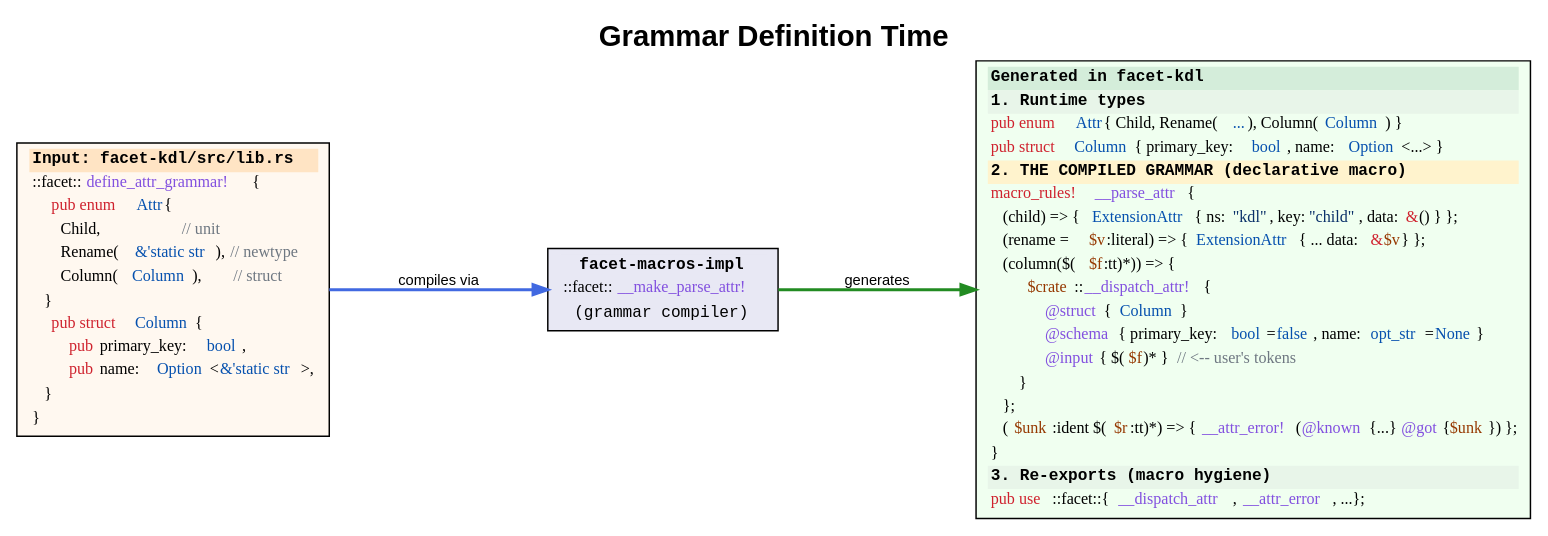
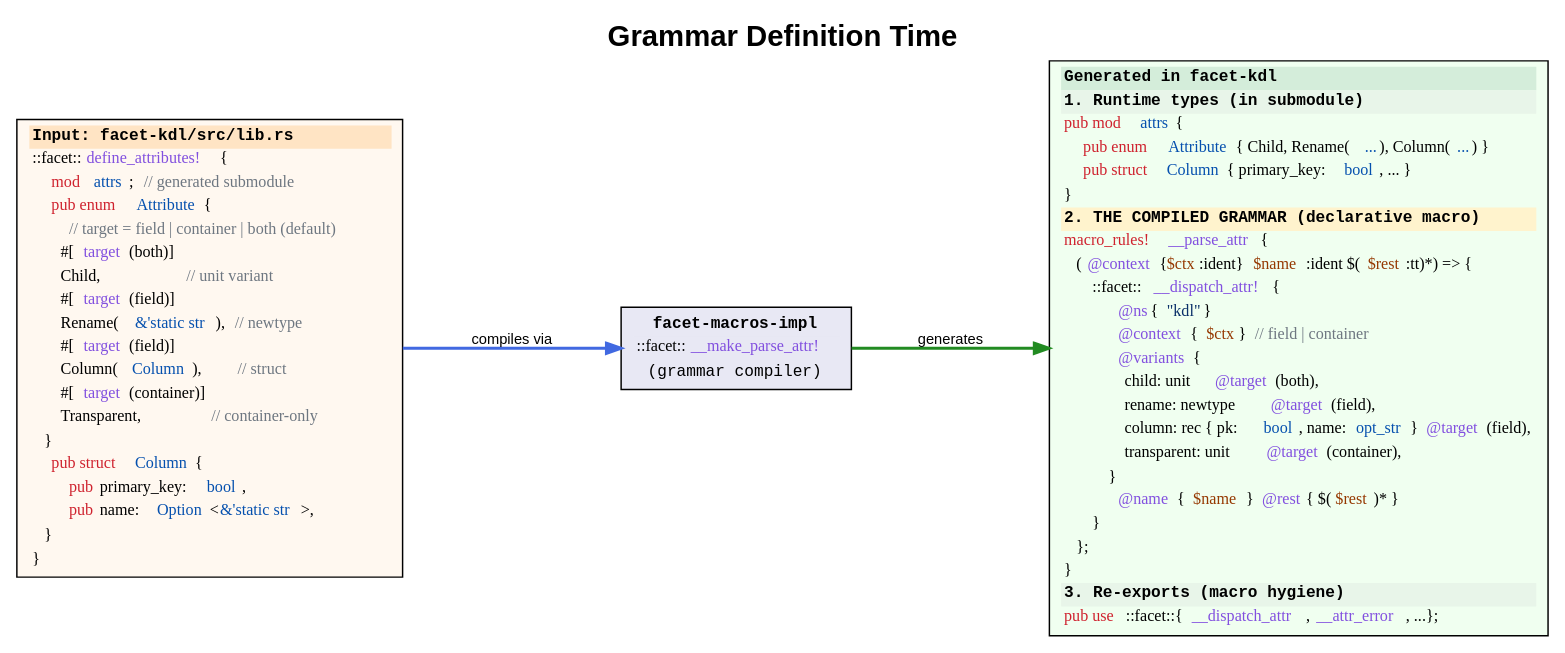
Before and after one commit to facet-rs/facet: the diagram in drafts/diagrams/01-grammar-definition.dot, drawn with Graphviz. The commit also changed 10 other files, not shown here.

```diff
--- a/drafts/diagrams/01-grammar-definition.dot
+++ b/drafts/diagrams/01-grammar-definition.dot
@@ -1,72 +1,84 @@
 // Grammar Definition Time
 // Render: dot -Tsvg 01-grammar-definition.dot -o 01-grammar-definition.svg
 
 digraph grammar_definition {
     label="Grammar Definition Time";
     labelloc="t";
     fontsize=20;
     fontname="Helvetica-Bold";
 
     node [shape=box, fontname="Monaco, Consolas, Courier", fontsize=11];
     edge [fontname="Helvetica", fontsize=10];
 
     rankdir=LR;
     nodesep=0.8;
     ranksep=1.2;
 
     // Extension crate input
     grammar [label=<
 <table border="0" cellspacing="0" cellpadding="2">
 <tr><td align="left" bgcolor="#ffe4c4"><b>Input: facet-kdl/src/lib.rs</b></td></tr>
-<tr><td align="left"><font face="Monaco">::facet::<font color="#8250df">define_attr_grammar!</font> {</font></td></tr>
-<tr><td align="left"><font face="Monaco">    <font color="#cf222e">pub enum</font> <font color="#0550ae">Attr</font> {</font></td></tr>
-<tr><td align="left"><font face="Monaco">        Child,                <font color="#6e7781">// unit</font></font></td></tr>
-<tr><td align="left"><font face="Monaco">        Rename(<font color="#0550ae">&amp;'static str</font>), <font color="#6e7781">// newtype</font></font></td></tr>
-<tr><td align="left"><font face="Monaco">        Column(<font color="#0550ae">Column</font>),       <font color="#6e7781">// struct</font></font></td></tr>
+<tr><td align="left"><font face="Monaco">::facet::<font color="#8250df">define_attributes!</font> {</font></td></tr>
+<tr><td align="left"><font face="Monaco">    <font color="#cf222e">mod</font> <font color="#0550ae">attrs</font>;  <font color="#6e7781">// generated submodule</font></font></td></tr>
+<tr><td align="left"><font face="Monaco">    <font color="#cf222e">pub enum</font> <font color="#0550ae">Attribute</font> {</font></td></tr>
+<tr><td align="left"><font face="Monaco">        <font color="#6e7781">// target = field | container | both (default)</font></font></td></tr>
+<tr><td align="left"><font face="Monaco">        #[<font color="#8250df">target</font>(both)]</font></td></tr>
+<tr><td align="left"><font face="Monaco">        Child,                 <font color="#6e7781">// unit variant</font></font></td></tr>
+<tr><td align="left"><font face="Monaco">        #[<font color="#8250df">target</font>(field)]</font></td></tr>
+<tr><td align="left"><font face="Monaco">        Rename(<font color="#0550ae">&amp;'static str</font>),  <font color="#6e7781">// newtype</font></font></td></tr>
+<tr><td align="left"><font face="Monaco">        #[<font color="#8250df">target</font>(field)]</font></td></tr>
+<tr><td align="left"><font face="Monaco">        Column(<font color="#0550ae">Column</font>),        <font color="#6e7781">// struct</font></font></td></tr>
+<tr><td align="left"><font face="Monaco">        #[<font color="#8250df">target</font>(container)]</font></td></tr>
+<tr><td align="left"><font face="Monaco">        Transparent,           <font color="#6e7781">// container-only</font></font></td></tr>
 <tr><td align="left"><font face="Monaco">    }</font></td></tr>
 <tr><td align="left"><font face="Monaco">    <font color="#cf222e">pub struct</font> <font color="#0550ae">Column</font> {</font></td></tr>
 <tr><td align="left"><font face="Monaco">        <font color="#cf222e">pub</font> primary_key: <font color="#0550ae">bool</font>,</font></td></tr>
 <tr><td align="left"><font face="Monaco">        <font color="#cf222e">pub</font> name: <font color="#0550ae">Option</font>&lt;<font color="#0550ae">&amp;'static str</font>&gt;,</font></td></tr>
 <tr><td align="left"><font face="Monaco">    }</font></td></tr>
 <tr><td align="left"><font face="Monaco">}</font></td></tr>
 </table>
     >, style=filled, fillcolor="#fff8f0"];
 
     // Proc-macro processing
     make_parse [label=<
 <table border="0" cellspacing="0" cellpadding="2">
 <tr><td bgcolor="#e8e8f4"><b>facet-macros-impl</b></td></tr>
 <tr><td><font face="Monaco">::facet::<font color="#8250df">__make_parse_attr!</font></font></td></tr>
 <tr><td>(grammar compiler)</td></tr>
 </table>
     >, style=filled, fillcolor="#e8e8f4"];
 
     // Generated output - single combined node
     generated [label=<
 <table border="0" cellspacing="0" cellpadding="2">
 <tr><td align="left" bgcolor="#d4edda"><b>Generated in facet-kdl</b></td></tr>
-<tr><td align="left" bgcolor="#e8f5e9"><b>1. Runtime types</b></td></tr>
-<tr><td align="left"><font face="Monaco"><font color="#cf222e">pub enum</font> <font color="#0550ae">Attr</font> { Child, Rename(<font color="#0550ae">...</font>), Column(<font color="#0550ae">Column</font>) }</font></td></tr>
-<tr><td align="left"><font face="Monaco"><font color="#cf222e">pub struct</font> <font color="#0550ae">Column</font> { primary_key: <font color="#0550ae">bool</font>, name: <font color="#0550ae">Option</font>&lt;...&gt; }</font></td></tr>
+<tr><td align="left" bgcolor="#e8f5e9"><b>1. Runtime types (in submodule)</b></td></tr>
+<tr><td align="left"><font face="Monaco"><font color="#cf222e">pub mod</font> <font color="#0550ae">attrs</font> {</font></td></tr>
+<tr><td align="left"><font face="Monaco">    <font color="#cf222e">pub enum</font> <font color="#0550ae">Attribute</font> { Child, Rename(<font color="#0550ae">...</font>), Column(<font color="#0550ae">...</font>) }</font></td></tr>
+<tr><td align="left"><font face="Monaco">    <font color="#cf222e">pub struct</font> <font color="#0550ae">Column</font> { primary_key: <font color="#0550ae">bool</font>, ... }</font></td></tr>
+<tr><td align="left"><font face="Monaco">}</font></td></tr>
 <tr><td align="left" bgcolor="#fff3cd"><b>2. THE COMPILED GRAMMAR (declarative macro)</b></td></tr>
 <tr><td align="left"><font face="Monaco"><font color="#cf222e">macro_rules!</font> <font color="#8250df">__parse_attr</font> {</font></td></tr>
-<tr><td align="left"><font face="Monaco">    (child) =&gt; { <font color="#0550ae">ExtensionAttr</font> { ns:<font color="#0a3069">"kdl"</font>, key:<font color="#0a3069">"child"</font>, data:<font color="#cf222e">&amp;</font>() } };</font></td></tr>
-<tr><td align="left"><font face="Monaco">    (rename = <font color="#953800">$v</font>:literal) =&gt; { <font color="#0550ae">ExtensionAttr</font> { ... data:<font color="#cf222e">&amp;</font><font color="#953800">$v</font> } };</font></td></tr>
-<tr><td align="left"><font face="Monaco">    (column($(<font color="#953800">$f</font>:tt)*)) =&gt; {</font></td></tr>
-<tr><td align="left"><font face="Monaco">        <font color="#953800">$crate</font>::<font color="#8250df">__dispatch_attr!</font> {</font></td></tr>
-<tr><td align="left"><font face="Monaco">            <font color="#8250df">@struct</font> { <font color="#0550ae">Column</font> }</font></td></tr>
-<tr><td align="left"><font face="Monaco">            <font color="#8250df">@schema</font> { primary_key:<font color="#0550ae">bool</font>=<font color="#0550ae">false</font>, name:<font color="#0550ae">opt_str</font>=<font color="#0550ae">None</font> }</font></td></tr>
-<tr><td align="left"><font face="Monaco">            <font color="#8250df">@input</font> { $(<font color="#953800">$f</font>)* }  <font color="#6e7781">// &lt;-- user's tokens</font></font></td></tr>
+<tr><td align="left"><font face="Monaco">    (<font color="#8250df">@context</font>{<font color="#953800">$ctx</font>:ident} <font color="#953800">$name</font>:ident $(<font color="#953800">$rest</font>:tt)*) =&gt; {</font></td></tr>
+<tr><td align="left"><font face="Monaco">        ::facet::<font color="#8250df">__dispatch_attr!</font> {</font></td></tr>
+<tr><td align="left"><font face="Monaco">            <font color="#8250df">@ns</font> { <font color="#0a3069">"kdl"</font> }</font></td></tr>
+<tr><td align="left"><font face="Monaco">            <font color="#8250df">@context</font> { <font color="#953800">$ctx</font> } <font color="#6e7781">// field | container</font></font></td></tr>
+<tr><td align="left"><font face="Monaco">            <font color="#8250df">@variants</font> {</font></td></tr>
+<tr><td align="left"><font face="Monaco">                child: unit <font color="#8250df">@target</font>(both),</font></td></tr>
+<tr><td align="left"><font face="Monaco">                rename: newtype <font color="#8250df">@target</font>(field),</font></td></tr>
+<tr><td align="left"><font face="Monaco">                column: rec { pk:<font color="#0550ae">bool</font>, name:<font color="#0550ae">opt_str</font> } <font color="#8250df">@target</font>(field),</font></td></tr>
+<tr><td align="left"><font face="Monaco">                transparent: unit <font color="#8250df">@target</font>(container),</font></td></tr>
+<tr><td align="left"><font face="Monaco">            }</font></td></tr>
+<tr><td align="left"><font face="Monaco">            <font color="#8250df">@name</font> { <font color="#953800">$name</font> } <font color="#8250df">@rest</font> { $(<font color="#953800">$rest</font>)* }</font></td></tr>
 <tr><td align="left"><font face="Monaco">        }</font></td></tr>
 <tr><td align="left"><font face="Monaco">    };</font></td></tr>
-<tr><td align="left"><font face="Monaco">    (<font color="#953800">$unk</font>:ident $(<font color="#953800">$r</font>:tt)*) =&gt; { <font color="#8250df">__attr_error!</font>(<font color="#8250df">@known</font>{...} <font color="#8250df">@got</font>{<font color="#953800">$unk</font>}) };</font></td></tr>
 <tr><td align="left"><font face="Monaco">}</font></td></tr>
 <tr><td align="left" bgcolor="#e8f5e9"><b>3. Re-exports (macro hygiene)</b></td></tr>
 <tr><td align="left"><font face="Monaco"><font color="#cf222e">pub use</font> ::facet::{<font color="#8250df">__dispatch_attr</font>, <font color="#8250df">__attr_error</font>, ...};</font></td></tr>
 </table>
     >, style=filled, fillcolor="#f0fff0"];
 
     // Edges
     grammar -> make_parse [label="compiles via", color="#4169e1", penwidth=2];
     make_parse -> generated [label="generates", color="#228b22", penwidth=2];
 }
```
